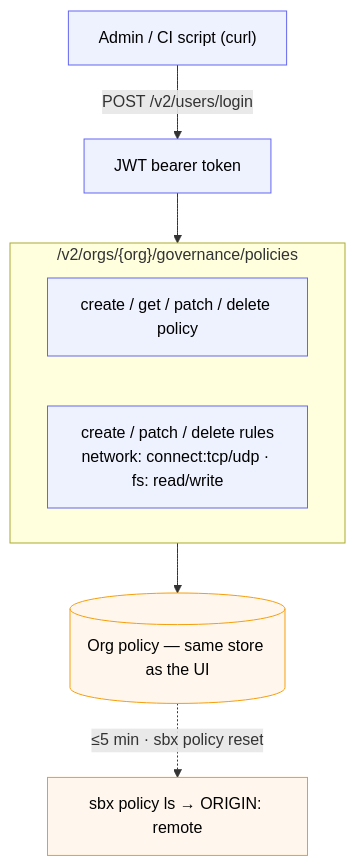
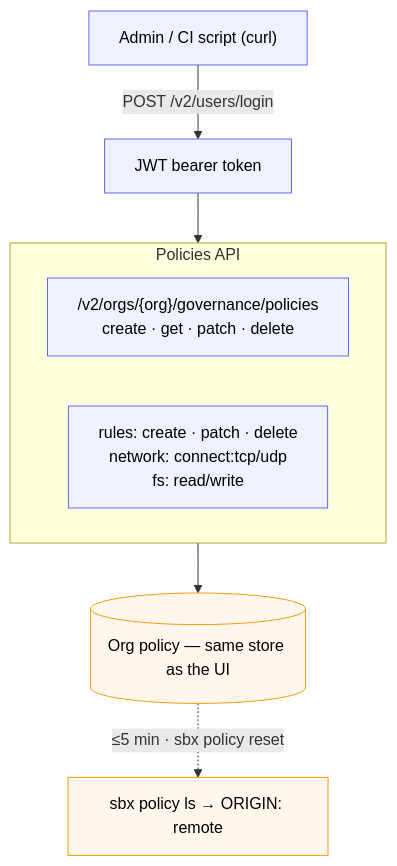
Before and after one commit to ajeetraina/labspace-docker-ai-governance: the diagram in labspace/11-governance-api.md, drawn with Mermaid. The commit also changed 14 other files, not shown here.

First line of the commit message:
Fix diagram text overflow: wrap long labels, shorten wide subgraph titles

````diff
--- a/labspace/11-governance-api.md
+++ b/labspace/11-governance-api.md
@@ -3,17 +3,17 @@
 ```mermaid
 flowchart TB
     CLIENT["Admin / CI script (curl)"]
     CLIENT -->|"POST /v2/users/login"| TOKEN["JWT bearer token"]
     TOKEN --> OPS
-    subgraph OPS["/v2/orgs/{org}/governance/policies"]
-        P["create / get / patch / delete policy"]
-        R["create / patch / delete rules<br/>network: connect:tcp/udp · fs: read/write"]
+    subgraph OPS["Policies API"]
+        P["/v2/orgs/{org}/governance/policies<br/>create · get · patch · delete"]
+        R["rules: create · patch · delete<br/>network: connect:tcp/udp<br/>fs: read/write"]
     end
     OPS --> POLICY[("Org policy — same store as the UI")]
     POLICY -. "≤5 min · sbx policy reset" .-> DEV["sbx policy ls → ORIGIN: remote"]
 
     classDef api fill:#eef2ff,stroke:#6366f1,color:#000
     classDef pol fill:#fff7ed,stroke:#f59e0b,color:#000
     class CLIENT,TOKEN,P,R api
     class POLICY,DEV pol
 ```
````
